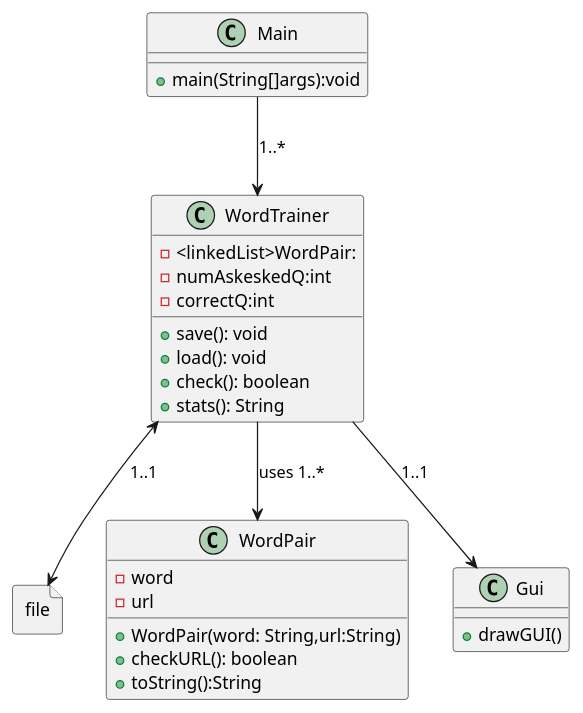
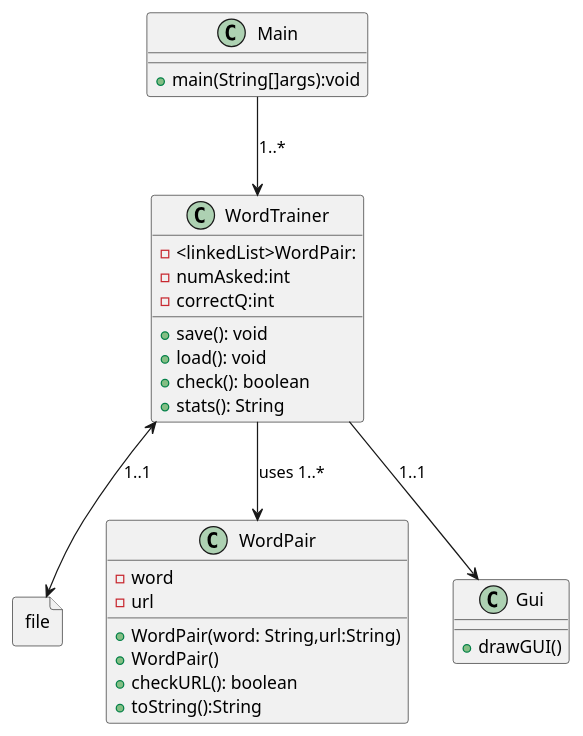
Before and after one commit to TGM-HIT/sew9-2425-worttrainer-Ubetterbisoft: the diagram in Worttrainer4/src/main/java/UML.puml, drawn with PlantUML. The commit also changed 1 other file, not shown here.

```diff
--- a/Worttrainer4/src/main/java/UML.puml
+++ b/Worttrainer4/src/main/java/UML.puml
@@ -1,44 +1,45 @@
 @startuml
 'https://plantuml.com/sequence-diagram
 
 class Main{
     +main(String[]args):void
 }
 class WordTrainer {
     -<linkedList>WordPair:
-    -numAskeskedQ:int
+    -numAsked:int
     -correctQ:int
 
 
     +save(): void
     +load(): void
     +check(): boolean
     +stats(): String
 }
 
 class WordPair {
     - word
     - url
     +WordPair(word: String,url:String)
+    +WordPair()
     +checkURL(): boolean
     + toString():String
 
 
 }
 
 class Gui {
     + drawGUI()
 
 }
 
 file file{
 
 }
 
 WordTrainer --> WordPair: uses 1..*
 WordTrainer --> Gui:1..1
 WordTrainer <--> file:1..1
 Main -->WordTrainer: 1..*
 
 
 @enduml
```
